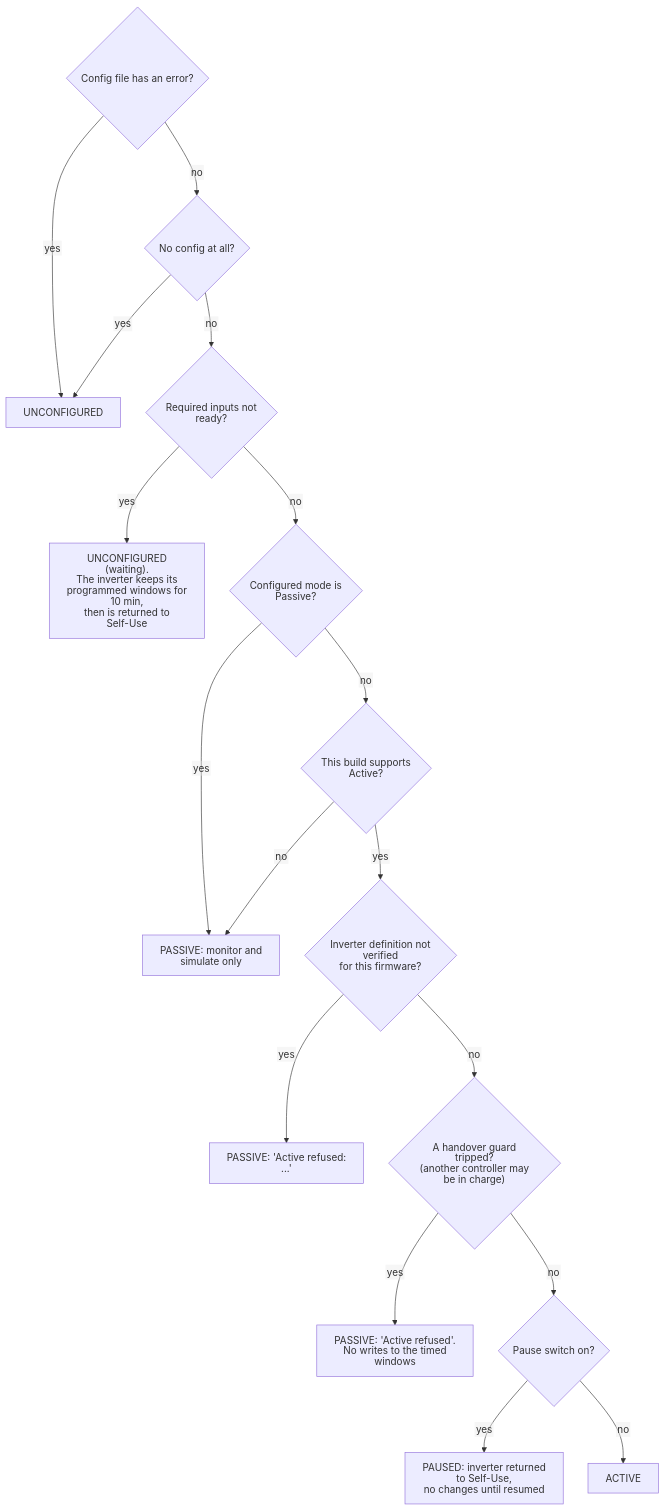
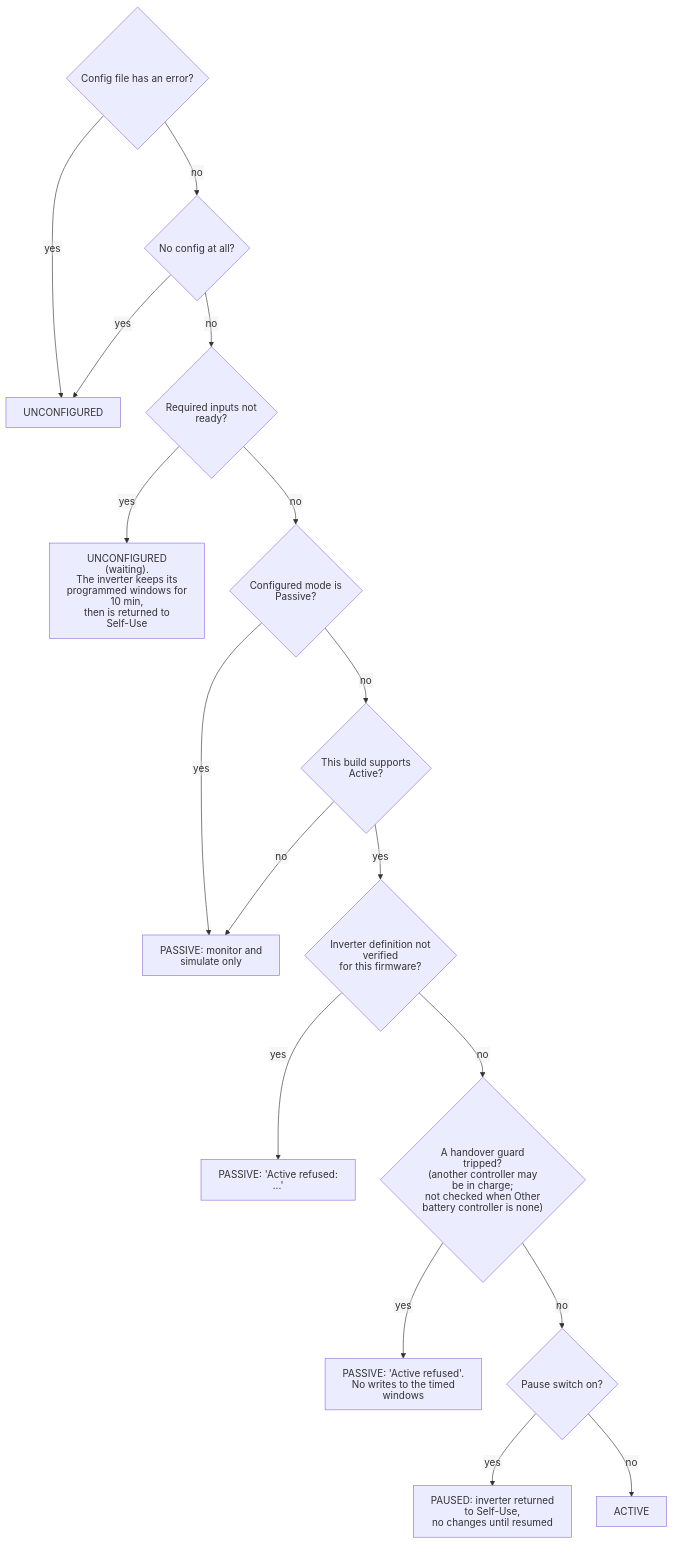
One commit to durkimat/ha-powerengine-controller changed the first of 5 diagrams in docs/logic/04-priorities.md. Above: the diagram before and after it, drawn with Mermaid. The commit also changed other lines of this file and 19 other files, not shown here.

````diff
--- a/docs/logic/04-priorities.md
+++ b/docs/logic/04-priorities.md
@@ -17,20 +17,20 @@
 ```mermaid
 %%{init: {"htmlLabels": false, "flowchart": {"htmlLabels": false, "padding": 14, "nodeSpacing": 40, "rankSpacing": 50, "useMaxWidth": false}, "sequence": {"wrap": true, "useMaxWidth": false}}}%%
 flowchart TD
     A{"Config file has an error?"} -- yes --> A1["UNCONFIGURED"]
     A -- no --> B{"No config at all?"}
     B -- yes --> A1
     B -- no --> C{"Required inputs not ready?"}
     C -- yes --> C1["UNCONFIGURED (waiting).<br/>The inverter keeps its programmed windows for 10 min,<br/>then is returned to Self-Use"]
     C -- no --> D{"Configured mode is Passive?"}
     D -- yes --> D1["PASSIVE: monitor and simulate only"]
     D -- no --> E{"This build supports Active?"}
     E -- no --> D1
     E -- yes --> F{"Inverter definition not verified<br/>for this firmware?"}
     F -- yes --> D1b["PASSIVE: 'Active refused: ...'"]
-    F -- no --> G{"A handover guard tripped?<br/>(another controller may be in charge)"}
+    F -- no --> G{"A handover guard tripped?<br/>(another controller may be in charge;<br/>not checked when Other battery controller is none)"}
     G -- yes --> D1c["PASSIVE: 'Active refused'.<br/>No writes to the timed windows"]
     G -- no --> H{"Pause switch on?"}
     H -- yes --> H1["PAUSED: inverter returned to Self-Use,<br/>no changes until resumed"]
     H -- no --> I["ACTIVE"]
 ```
````
